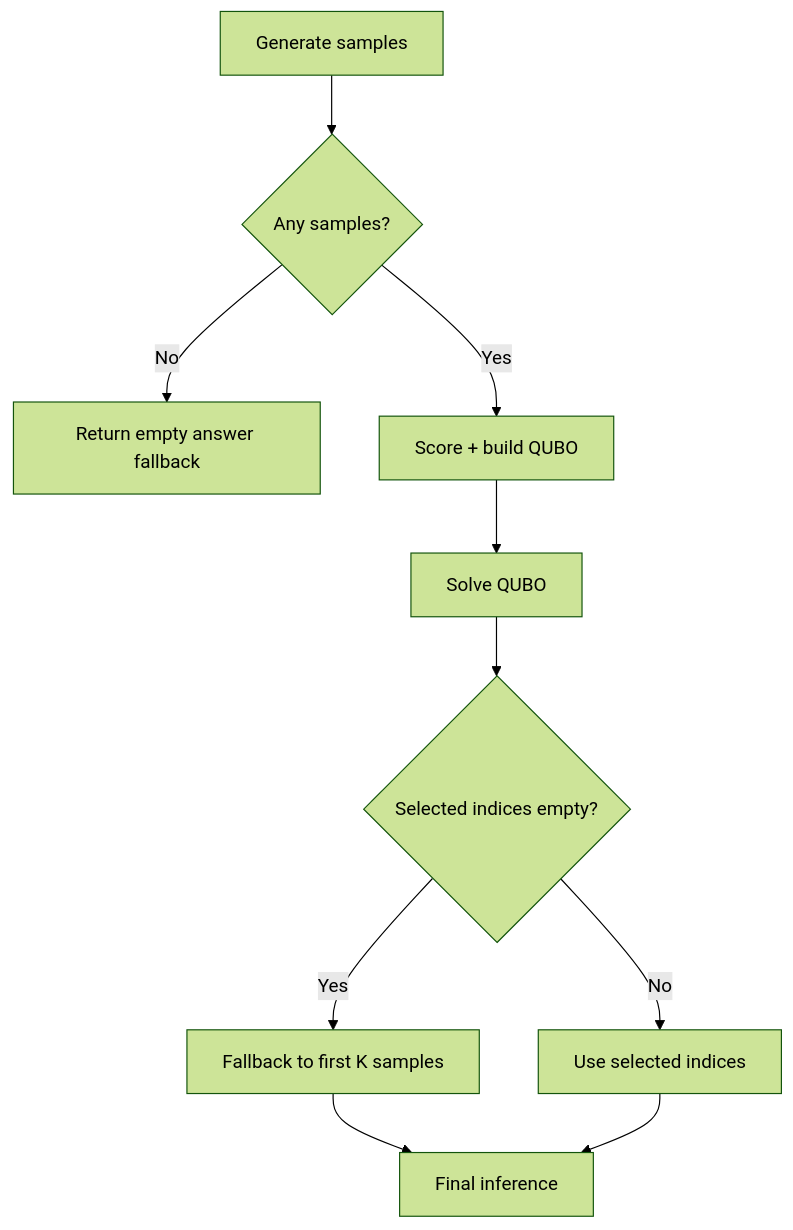
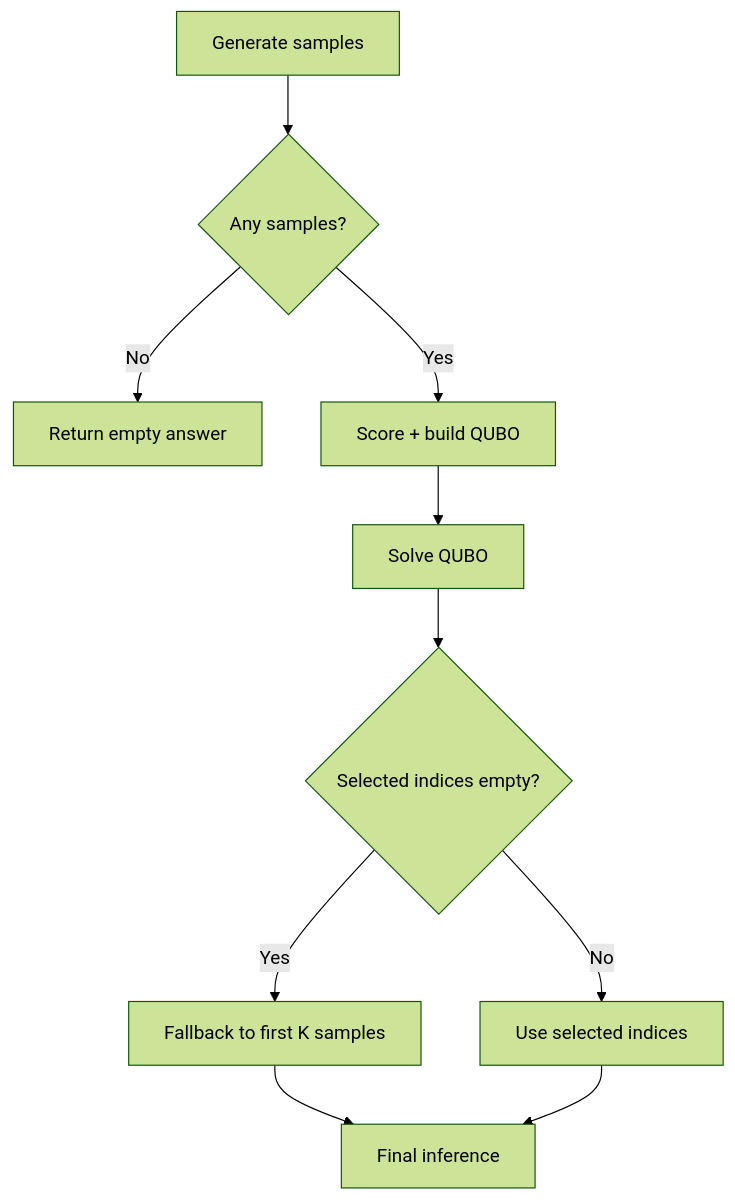
Before and after one commit to tanaymitra54/samsung_backup: the eighth of 16 diagrams in README.md, drawn with Mermaid (forest theme). The commit also changed other lines of this file, not shown here.

````diff
--- a/README.md
+++ b/README.md
@@ -215,12 +259,12 @@
 ```mermaid
 flowchart TD
     A[Generate samples] --> B{Any samples?}
-    B -- No --> C[Return empty answer fallback]
+    B -- No --> C[Return empty answer]
     B -- Yes --> D[Score + build QUBO]
     D --> E[Solve QUBO]
     E --> F{Selected indices empty?}
     F -- Yes --> G[Fallback to first K samples]
     F -- No --> H[Use selected indices]
     G --> I[Final inference]
     H --> I
 ```
````
